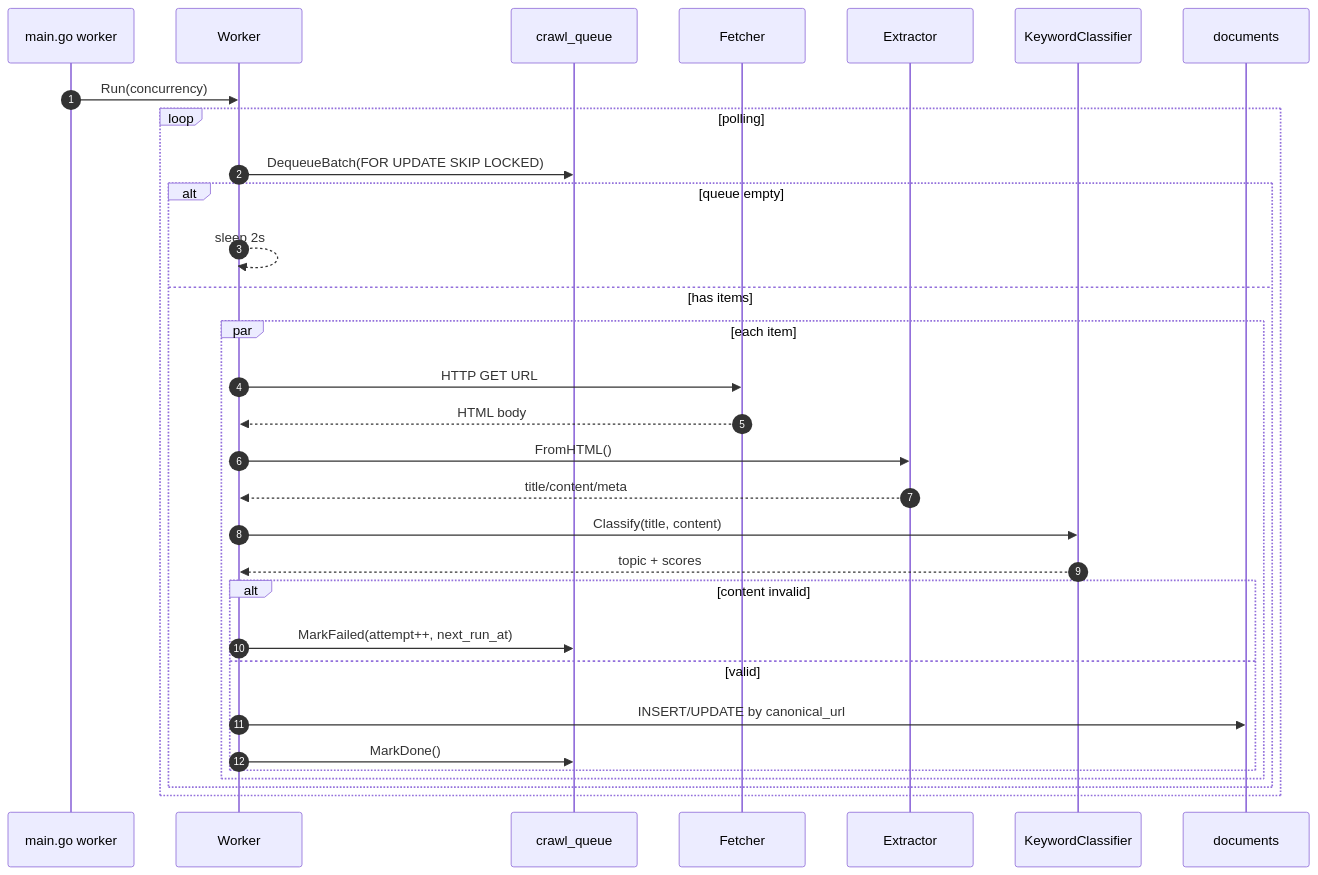
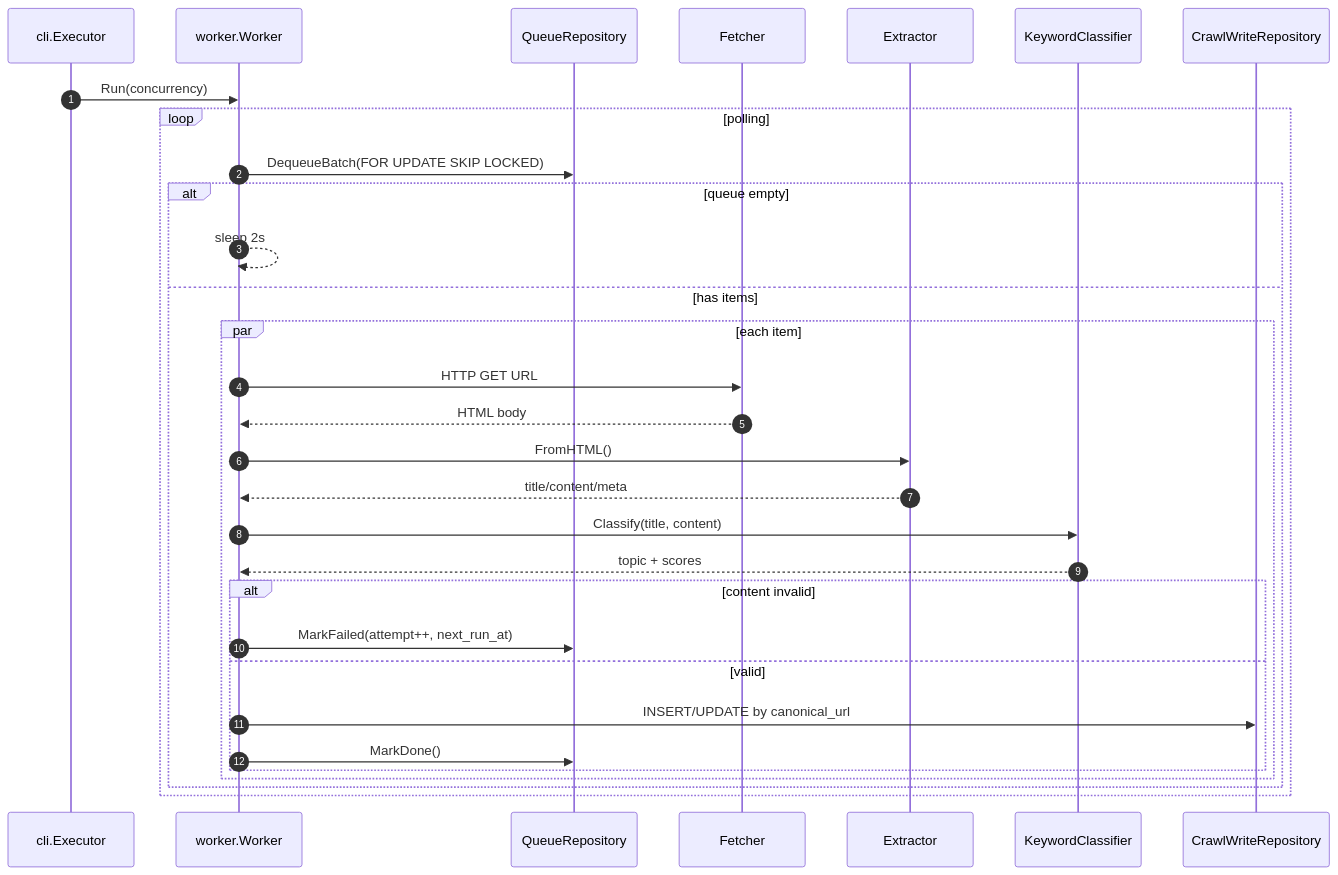
Before and after one commit to kien5217/Agent_crawl: the second of 3 diagrams in README.md, drawn with Mermaid. The commit also changed other lines of this file, not shown here.

Commit message:
thay đổi documents

````diff
--- a/README.md
+++ b/README.md
@@ -190,34 +255,34 @@
 ```mermaid
 sequenceDiagram
     autonumber
-    participant CLI as main.go worker
-    participant W as Worker
-    participant Q as crawl_queue
+    participant CLI as cli.Executor
+    participant W as worker.Worker
+    participant Q as QueueRepository
     participant F as Fetcher
     participant E as Extractor
     participant C as KeywordClassifier
-    participant D as documents
+    participant D as CrawlWriteRepository
 
     CLI->>W: Run(concurrency)
     loop polling
       W->>Q: DequeueBatch(FOR UPDATE SKIP LOCKED)
       alt queue empty
         W-->>W: sleep 2s
       else has items
         par each item
           W->>F: HTTP GET URL
           F-->>W: HTML body
           W->>E: FromHTML()
           E-->>W: title/content/meta
           W->>C: Classify(title, content)
           C-->>W: topic + scores
           alt content invalid
             W->>Q: MarkFailed(attempt++, next_run_at)
           else valid
             W->>D: INSERT/UPDATE by canonical_url
             W->>Q: MarkDone()
           end
         end
       end
     end
 ```
````
